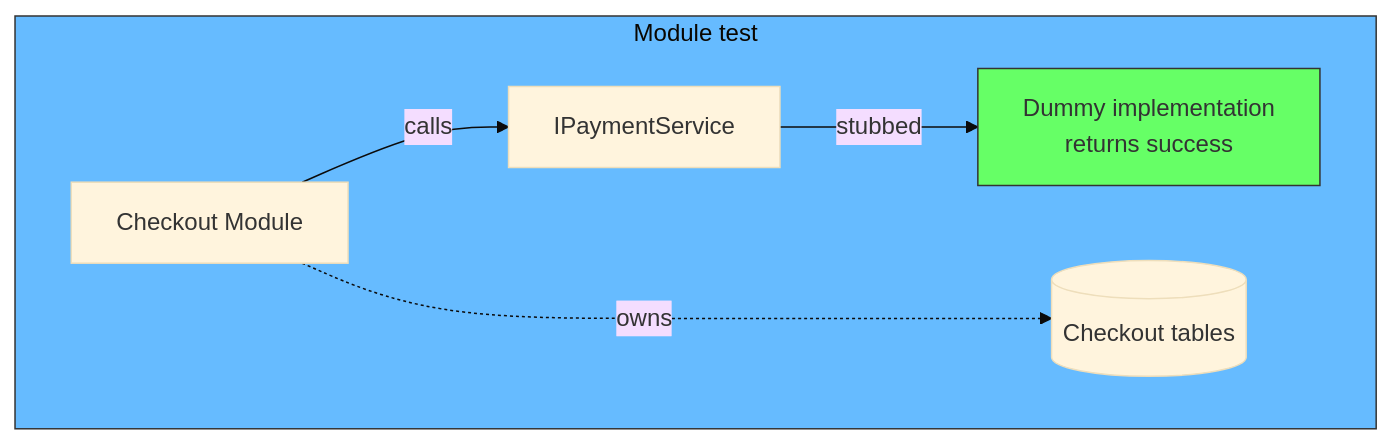
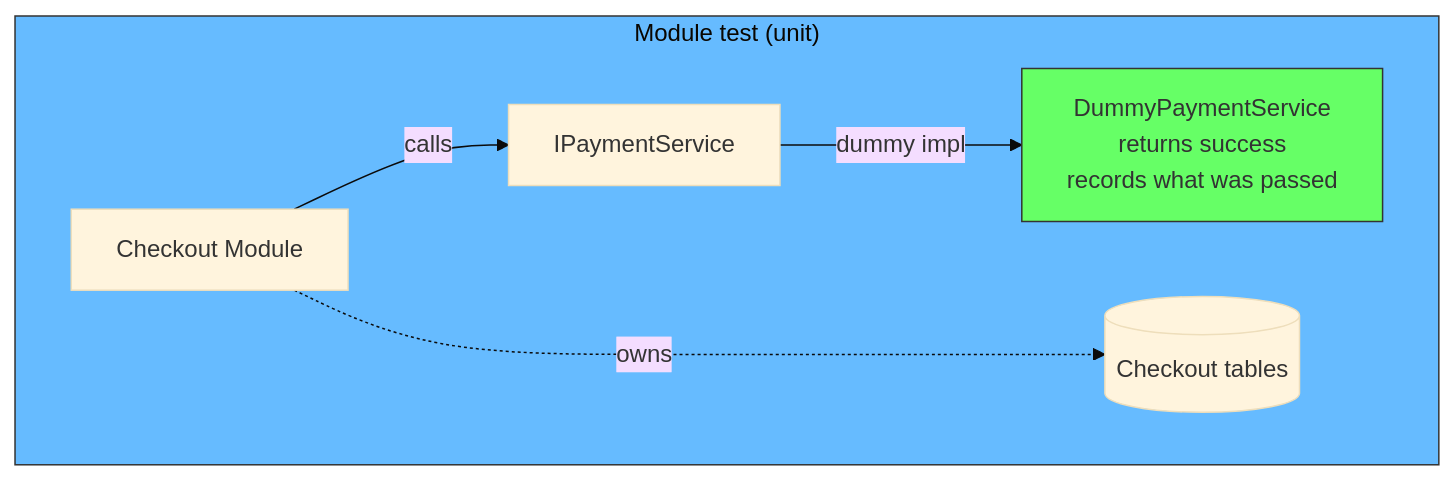
One commit to labeebahmad201/knowledge-base changed the fifth of 14 diagrams in docs/software-engineering/testing-modular-monolith.md. Above: the diagram before and after it, drawn with Mermaid (base theme). The commit also changed other lines of this file, not shown here.

Commit message:
docs: clarify interface-swapping foundation and module vs integration test distinction

````diff
--- a/docs/software-engineering/testing-modular-monolith.md
+++ b/docs/software-engineering/testing-modular-monolith.md
@@ -87,10 +134,10 @@
 ```mermaid
 graph TD
-    subgraph ModuleTest["Module test"]
+    subgraph ModuleTest["Module test (unit)"]
         MM["Checkout Module"] -->|"calls"| IF["IPaymentService"]
-        IF -->|"stubbed"| DBL["Dummy implementation<br/>returns success"]
+        IF -->|"dummy impl"| DBL["DummyPaymentService<br/>returns success<br/>records what was passed"]
         MM -..->|"owns"| DB[("Checkout tables")]
     end
     style ModuleTest fill:#6bf,stroke:#333
     style DBL fill:#6f6,stroke:#333
 ```
````
